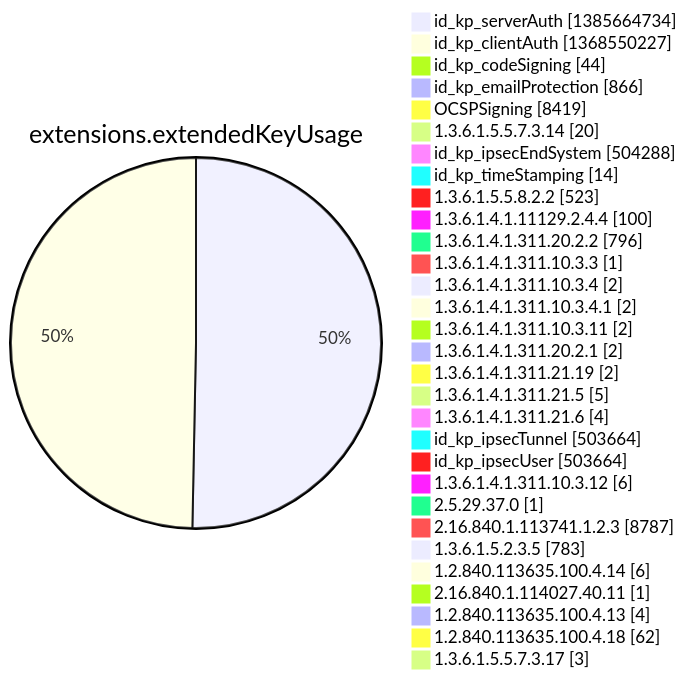
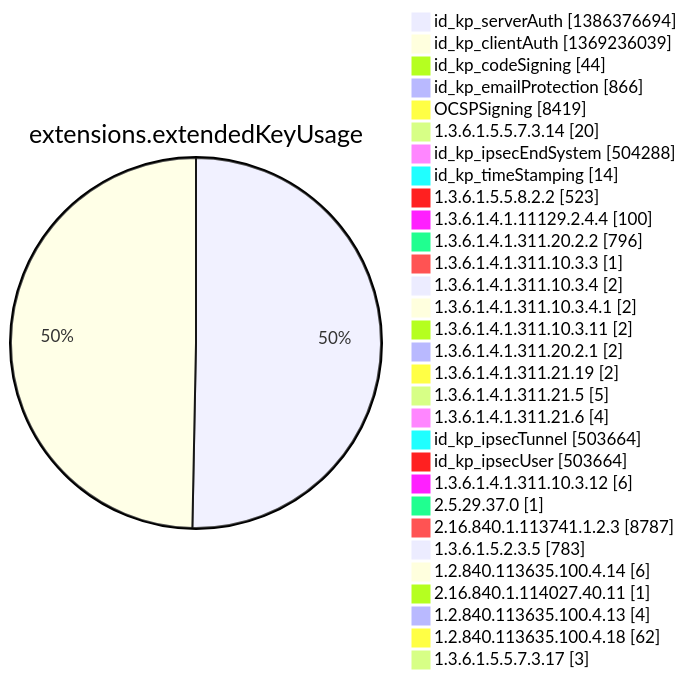
Diagram 12 of 15 in argon2022/README.md (christiankrug/ctmonitor_visualization), drawn with Mermaid before and after one commit. The commit also changed other lines of this file, not shown here.

````diff
--- a/argon2022/README.md
+++ b/argon2022/README.md
@@ -3554,34 +3554,34 @@
 ```mermaid
 pie showData
 title extensions.extendedKeyUsage
-"id_kp_serverAuth" :1385664734
-"id_kp_clientAuth" :1368550227
+"id_kp_serverAuth" :1386376694
+"id_kp_clientAuth" :1369236039
 "id_kp_codeSigning" :44
 "id_kp_emailProtection" :866
 "OCSPSigning" :8419
 "1.3.6.1.5.5.7.3.14" :20
 "id_kp_ipsecEndSystem" :504288
 "id_kp_timeStamping" :14
 "1.3.6.1.5.5.8.2.2" :523
 "1.3.6.1.4.1.11129.2.4.4" :100
 "1.3.6.1.4.1.311.20.2.2" :796
 "1.3.6.1.4.1.311.10.3.3" :1
 "1.3.6.1.4.1.311.10.3.4" :2
 "1.3.6.1.4.1.311.10.3.4.1" :2
 "1.3.6.1.4.1.311.10.3.11" :2
 "1.3.6.1.4.1.311.20.2.1" :2
 "1.3.6.1.4.1.311.21.19" :2
 "1.3.6.1.4.1.311.21.5" :5
 "1.3.6.1.4.1.311.21.6" :4
 "id_kp_ipsecTunnel" :503664
 "id_kp_ipsecUser" :503664
 "1.3.6.1.4.1.311.10.3.12" :6
 "2.5.29.37.0" :1
 "2.16.840.1.113741.1.2.3" :8787
 "1.3.6.1.5.2.3.5" :783
 "1.2.840.113635.100.4.14" :6
 "2.16.840.1.114027.40.11" :1
 "1.2.840.113635.100.4.13" :4
 "1.2.840.113635.100.4.18" :62
 "1.3.6.1.5.5.7.3.17" :3
 ```
````
